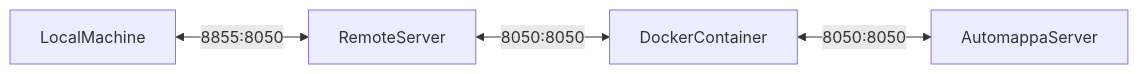
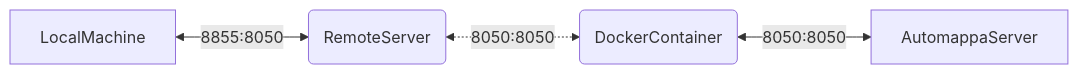
One commit to evanroyrees/Automappa changed the second of 2 diagrams in docs/remote-server.md. Above: the diagram before and after it, drawn with Mermaid. The commit also changed other lines of this file, not shown here.

````diff
--- a/docs/remote-server.md
+++ b/docs/remote-server.md
@@ -112,6 +112,6 @@
 ```mermaid
 graph LR
-    LocalMachine<-- 8855:8050 -->RemoteServer
-    RemoteServer<-- 8050:8050 -->DockerContainer
-    DockerContainer<-- 8050:8050 -->AutomappaServer
+    A[LocalMachine]<-- 8855:8050 -->B(RemoteServer)
+    B(RemoteServer)<-. 8050:8050 .->C(DockerContainer)
+    C(DockerContainer)<-- 8050:8050 -->D[AutomappaServer]
 ```
````
